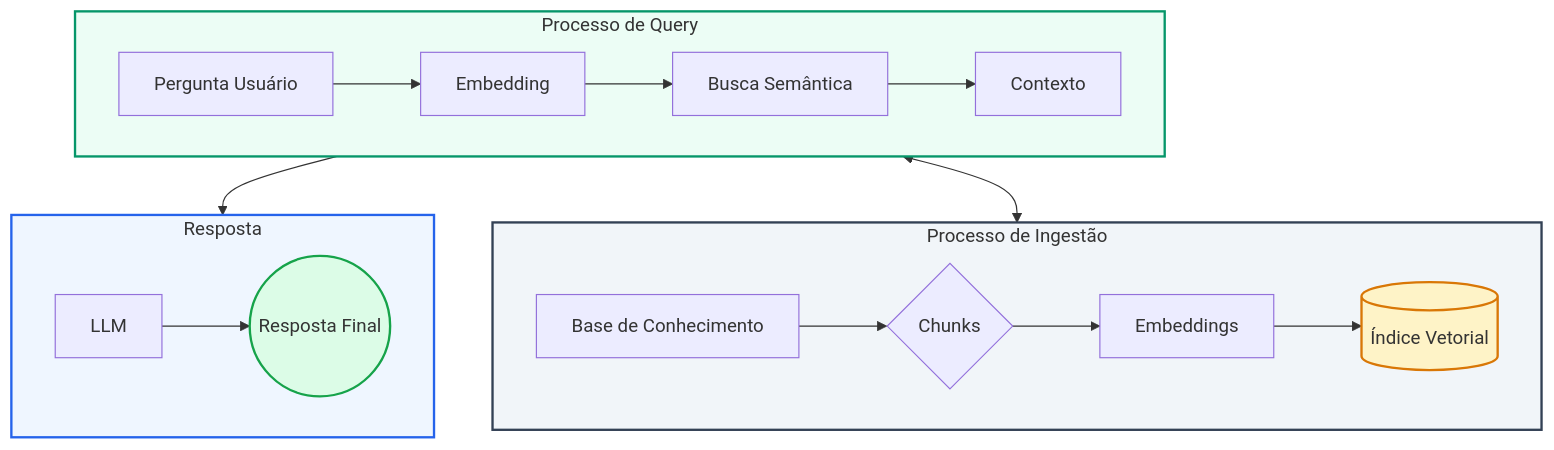
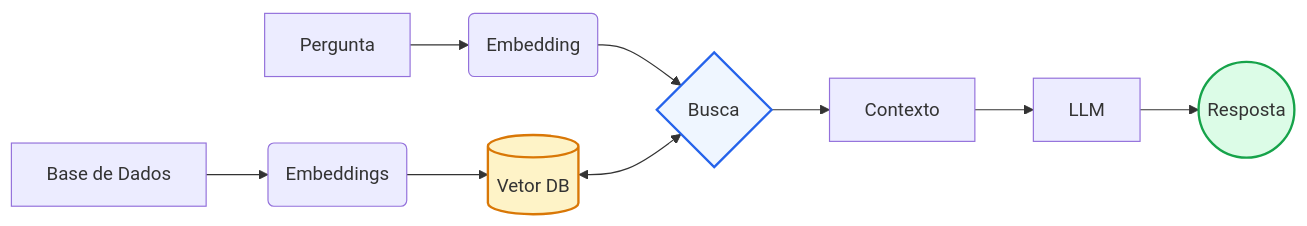
Before and after one commit to rivaildojunior/llm-rag: the diagram in README.md, drawn with Mermaid.

Commit message:
adiciona o readme

````diff
--- a/README.md
+++ b/README.md
@@ -12,30 +12,19 @@
 ```mermaid
-graph TB
-    subgraph Ingestao [Processo de Ingestão]
-        direction LR
-        A[Base de Conhecimento] --> B{Chunks}
-        B --> C[Embeddings]
-        C --> D[(Índice Vetorial)]
-    end
+graph LR
+    %% Nós principais
+    A[Base de Dados] --> B(Embeddings)
+    B --> C[(Vetor DB)]
+    
+    D[Pergunta] --> E(Embedding)
+    E --> F{Busca}
+    
+    C <--> F
+    F --> G[Contexto]
+    G --> H[LLM]
+    H --> I((Resposta))
 
-    subgraph Consulta [Processo de Query]
-        direction LR
-        E[Pergunta Usuário] --> F[Embedding]
-        F --> G[Busca Semântica]
-        G <--> D
-        G --> H[Contexto]
-    end
-
-    subgraph Geracao [Resposta]
-        direction LR
-        H --> I[LLM]
-        I --> J((Resposta Final))
-    end
-
-    %% Estilização para ficar visual e colorido
-    style Ingestao fill:#f1f5f9,stroke:#334155,stroke-width:2px
-    style Consulta fill:#ecfdf5,stroke:#059669,stroke-width:2px
-    style Geracao fill:#eff6ff,stroke:#2563eb,stroke-width:2px
-    style D fill:#fef3c7,stroke:#d97706,stroke-width:2px
-    style J fill:#dcfce7,stroke:#16a34a,stroke-width:2px
+    %% Estilização simples e elegante
+    style C fill:#fef3c7,stroke:#d97706,stroke-width:2px
+    style I fill:#dcfce7,stroke:#16a34a,stroke-width:2px
+    style F fill:#eff6ff,stroke:#2563eb,stroke-width:2px
 ```
````
